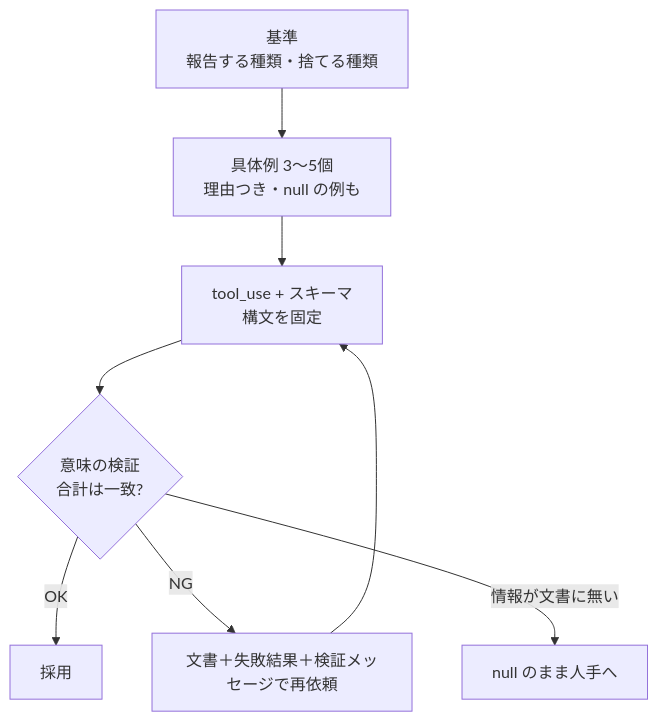
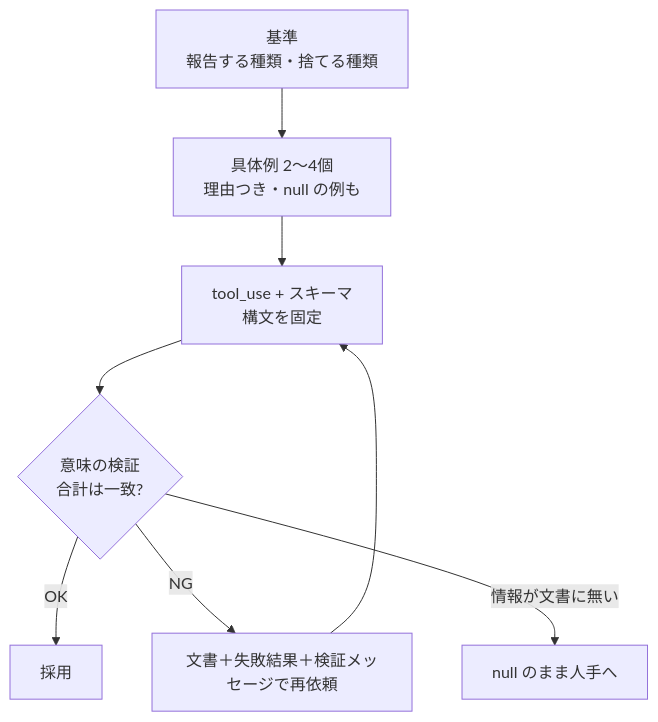
Before and after one commit to RIN-POKO/Studying_CertificationExams: the first of 4 diagrams in CCAR-F対策/CCAR-F対策_原本/04-プロンプトエンジニアリングと構造化出力.md, drawn with Mermaid. The commit also changed other lines of this file and 5 other files, not shown here.

````diff
--- a/CCAR-F対策/CCAR-F対策_原本/04-プロンプトエンジニアリングと構造化出力.md
+++ b/CCAR-F対策/CCAR-F対策_原本/04-プロンプトエンジニアリングと構造化出力.md
@@ -33,10 +33,10 @@
 ```mermaid
 flowchart TD
-  A[基準<br>報告する種類・捨てる種類] --> B[具体例 3〜5個<br>理由つき・null の例も]
+  A[基準<br>報告する種類・捨てる種類] --> B[具体例 2〜4個<br>理由つき・null の例も]
   B --> C[tool_use + スキーマ<br>構文を固定]
   C --> D{意味の検証<br>合計は一致?}
   D -->|OK| E[採用]
   D -->|NG| F[文書＋失敗結果＋検証メッセージで再依頼]
   F --> C
   D -->|情報が文書に無い| G[null のまま人手へ]
 ```
````
